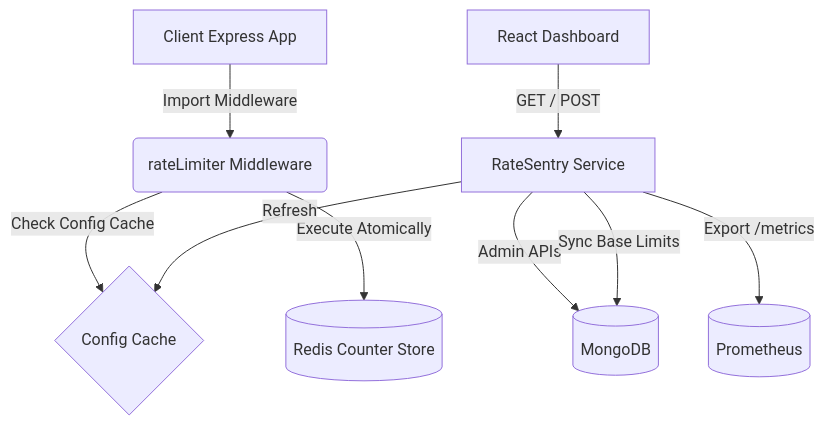
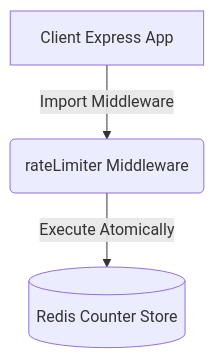
Before and after one commit to saquib-shahid/ratesentry: the diagram in rate-limiter-service/README.md, drawn with Mermaid. The commit also changed other lines of this file and 3 other files, not shown here.

````diff
--- a/rate-limiter-service/README.md
+++ b/rate-limiter-service/README.md
@@ -9,13 +9,5 @@
 ```mermaid
 graph TD
     ClientApp[Client Express App] -->|Import Middleware| LimiterMW(rateLimiter Middleware)
-    LimiterMW -->|Check Config Cache| ConfigService{Config Cache}
     LimiterMW -->|Execute Atomically| Redis[(Redis Counter Store)]
-    
-    Service[RateSentry Service] -->|Admin APIs| DB[(MongoDB)]
-    Service -->|Refresh| ConfigService
-    Service -->|Sync Base Limits| DB
-    Service -->|Export /metrics| Prometheus[(Prometheus)]
-    
-    Dashboard[React Dashboard] -->|GET / POST| Service
 ```
````
